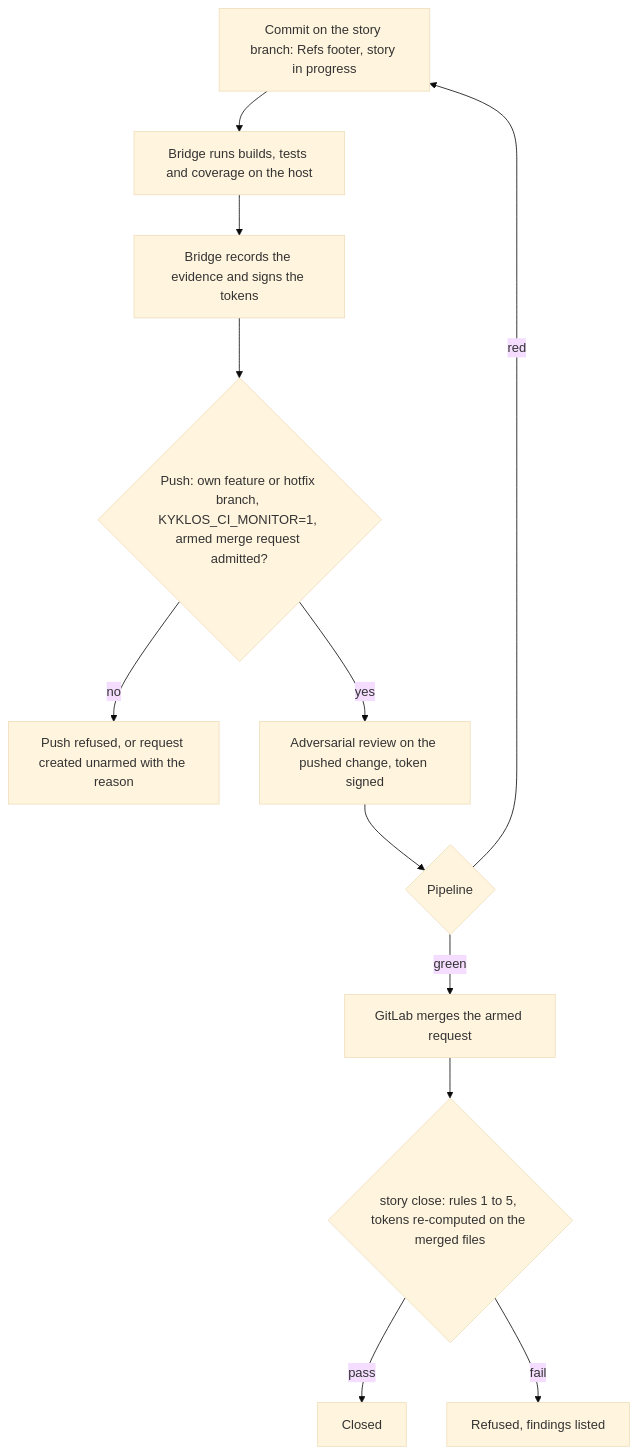
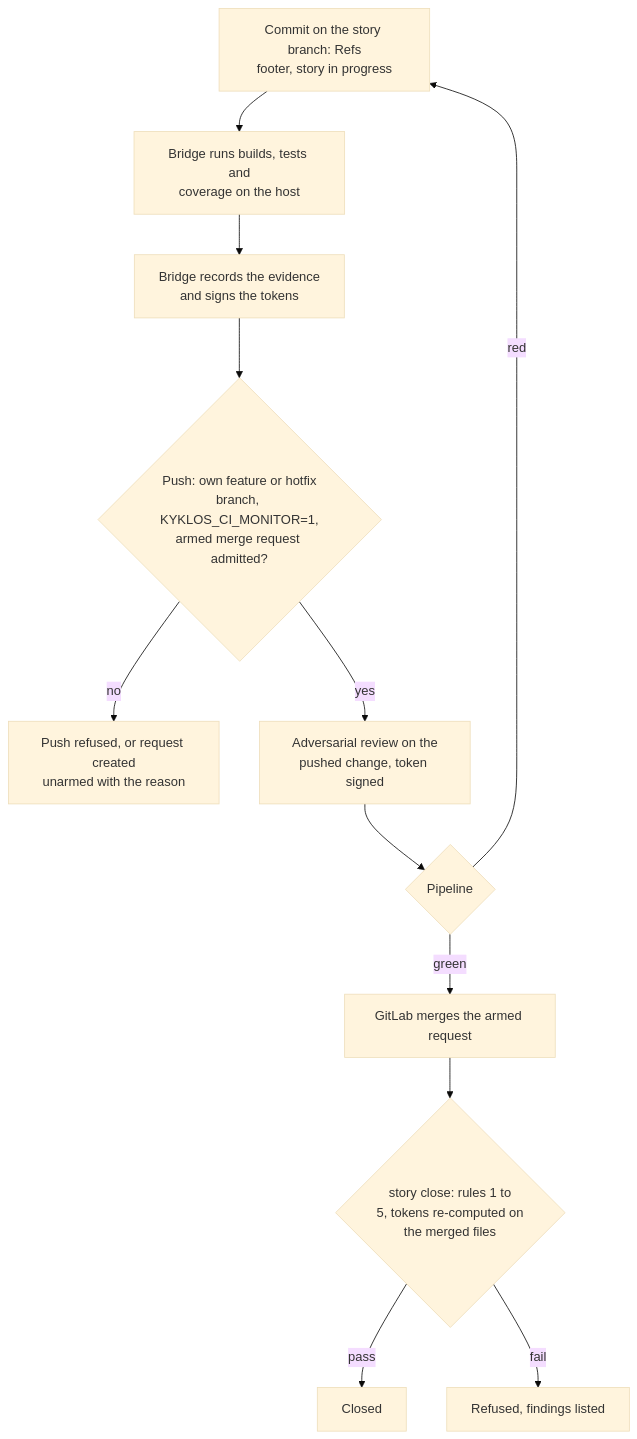
The diagram in docs/WORKFLOW_SCENARIO_1.md (DogmaSolutions/Kyklos), drawn with Mermaid (base theme) before and after one commit. The commit also changed 38 other files, not shown here.

````diff
--- a/docs/WORKFLOW_SCENARIO_1.md
+++ b/docs/WORKFLOW_SCENARIO_1.md
@@ -33,14 +33,14 @@
 ```mermaid
 flowchart TD
-    C["Commit on the story branch: Refs footer, story in progress"] --> T["Bridge runs builds, tests and coverage on the host"]
-    T --> K["Bridge records the evidence and signs the tokens"]
-    K --> P{"Push: own feature or hotfix branch, KYKLOS_CI_MONITOR=1, armed merge request admitted?"}
-    P -->|"no"| X1["Push refused, or request created unarmed with the reason"]
-    P -->|"yes"| R["Adversarial review on the pushed change, token signed"]
+    C["Commit on the story branch: Refs<br/>footer, story in progress"] --> T["Bridge runs builds, tests and<br/>coverage on the host"]
+    T --> K["Bridge records the evidence<br/>and signs the tokens"]
+    K --> P{"Push: own feature or hotfix<br/>branch, KYKLOS_CI_MONITOR=1,<br/>armed merge request admitted?"}
+    P -->|"no"| X1["Push refused, or request created<br/>unarmed with the reason"]
+    P -->|"yes"| R["Adversarial review on the<br/>pushed change, token signed"]
     R --> PL{"Pipeline"}
     PL -->|"red"| C
     PL -->|"green"| M["GitLab merges the armed request"]
-    M --> CL{"story close: rules 1 to 5, tokens re-computed on the merged files"}
+    M --> CL{"story close: rules 1 to<br/>5, tokens re-computed on<br/>the merged files"}
     CL -->|"pass"| D["Closed"]
     CL -->|"fail"| X2["Refused, findings listed"]
 ```
````
